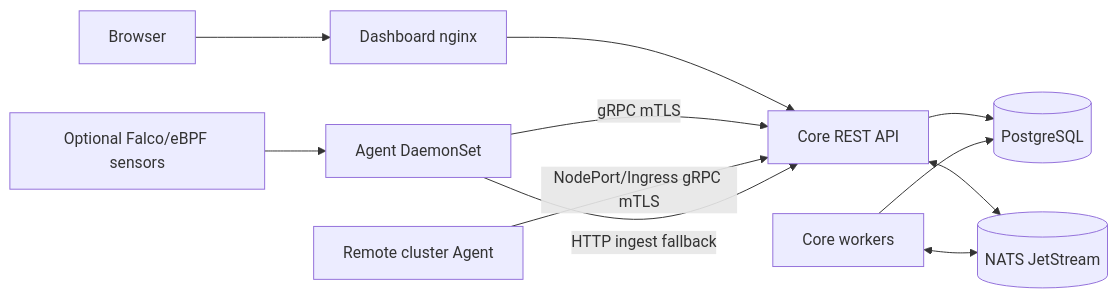
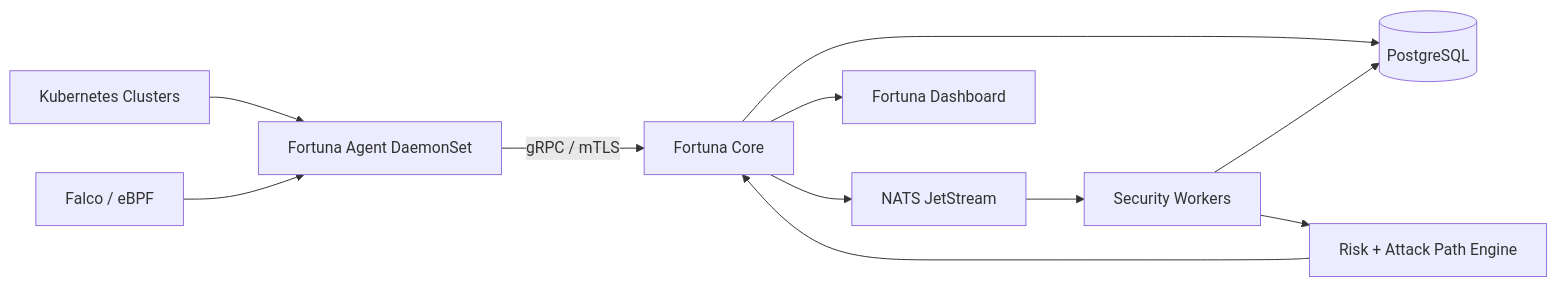
The diagram in README.md (shino-337/Fortuna-Community), drawn with Mermaid before and after one commit. The commit also changed other lines of this file, not shown here.

````diff
--- a/README.md
+++ b/README.md
@@ -49,13 +191,13 @@
 ```mermaid
 flowchart LR
-  browser[Browser] --> dashboard[Dashboard nginx]
-  dashboard --> core[Core REST API]
-  agent[Agent DaemonSet] -->|gRPC mTLS| core
-  remoteAgent[Remote cluster Agent] -->|NodePort/Ingress gRPC mTLS| core
-  agent -->|HTTP ingest fallback| core
-  falco[Optional Falco/eBPF sensors] --> agent
-  core --> db[(PostgreSQL)]
-  core <--> nats[(NATS JetStream)]
-  workers[Core workers] <--> nats
-  workers --> db
+    K8S[Kubernetes Clusters] --> Agent[Fortuna Agent DaemonSet]
+    Agent -->|gRPC / mTLS| Core[Fortuna Core]
+    Falco[Falco / eBPF] --> Agent
+    Core --> NATS[NATS JetStream]
+    Core --> DB[(PostgreSQL)]
+    NATS --> Workers[Security Workers]
+    Workers --> DB
+    Workers --> Risk[Risk + Attack Path Engine]
+    Risk --> Core
+    Core --> Dashboard[Fortuna Dashboard]
 ```
````
